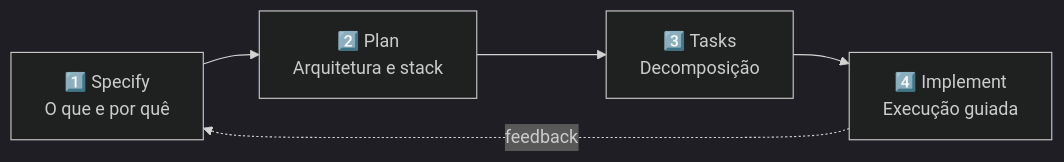
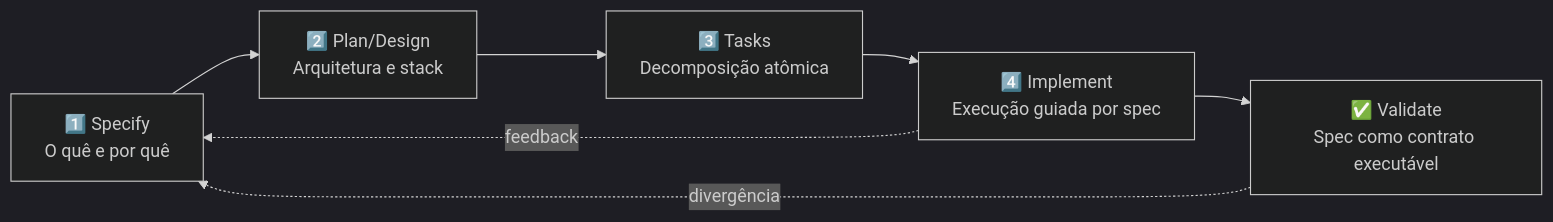
Before and after one commit to josenaldo/codex-technomanticus: the second of 4 diagrams in 03-Dominios/Tecnologia/IA/Spec-Driven Development/02 - O que é Spec-Driven Development.md, drawn with Mermaid (dark theme). The commit also changed other lines of this file, not shown here.

````diff
--- a/03-Dominios/Tecnologia/IA/Spec-Driven Development/02 - O que é Spec-Driven Development.md
+++ b/03-Dominios/Tecnologia/IA/Spec-Driven Development/02 - O que é Spec-Driven Development.md
@@ -55,7 +89,9 @@
 ```mermaid
 graph LR
-    A["1️⃣ Specify<br/>O que e por quê"] --> B["2️⃣ Plan<br/>Arquitetura e stack"]
-    B --> C["3️⃣ Tasks<br/>Decomposição"]
-    C --> D["4️⃣ Implement<br/>Execução guiada"]
+    A["1️⃣ Specify<br/>O quê e por quê"] --> B["2️⃣ Plan/Design<br/>Arquitetura e stack"]
+    B --> C["3️⃣ Tasks<br/>Decomposição atômica"]
+    C --> D["4️⃣ Implement<br/>Execução guiada por spec"]
     D -.feedback.-> A
+    D --> E["✅ Validate<br/>Spec como contrato executável"]
+    E -.divergência.-> A
 ```
````
